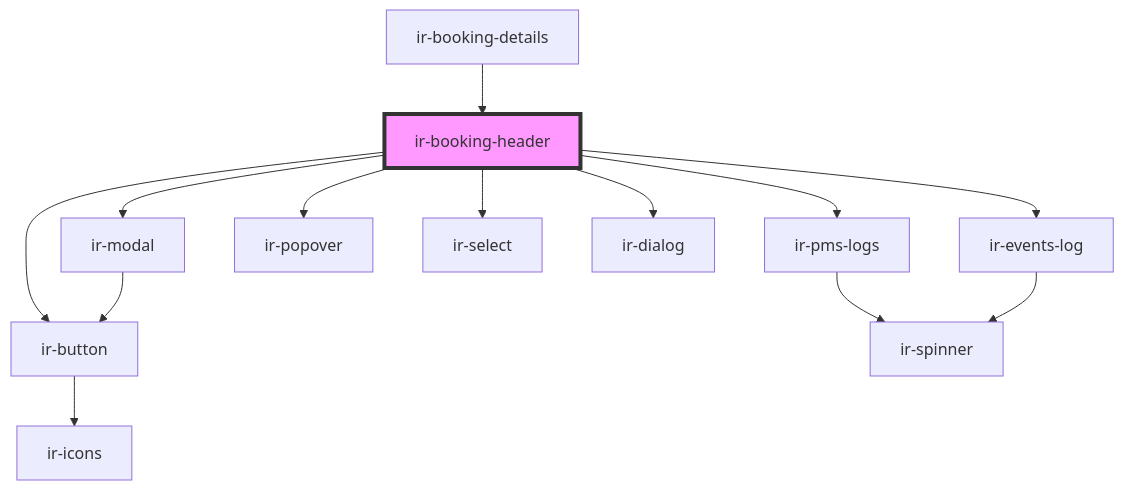
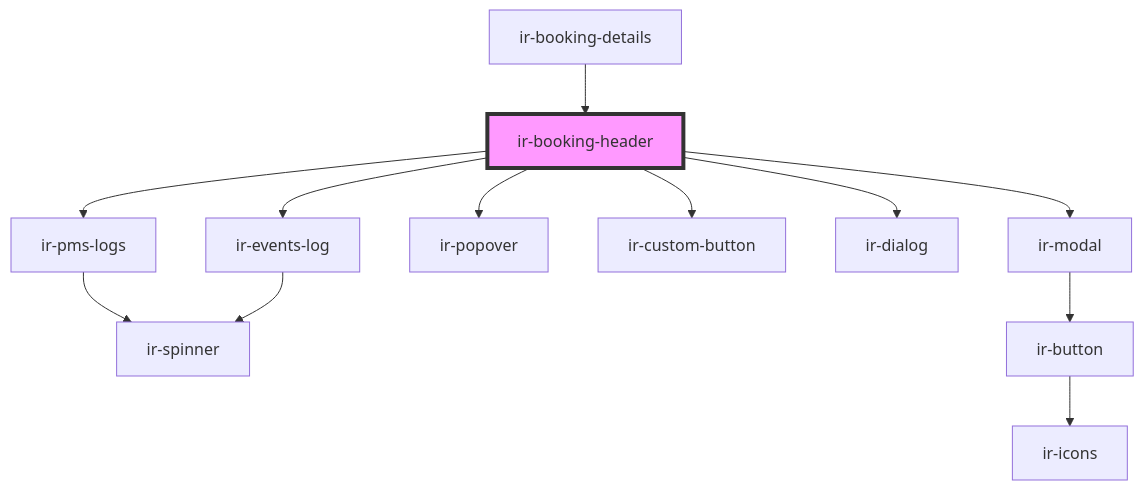
Before and after one commit to David1Chowaifaty/modified-ir-webcmp: the diagram in src/components/ir-booking-details/ir-booking-header/readme.md, drawn with Mermaid. The commit also changed other lines of this file and 70 other files, not shown here.

````diff
--- a/src/components/ir-booking-details/ir-booking-header/readme.md
+++ b/src/components/ir-booking-details/ir-booking-header/readme.md
@@ -48,16 +47,15 @@
 ```mermaid
 graph TD;
   ir-booking-header --> ir-pms-logs
   ir-booking-header --> ir-events-log
   ir-booking-header --> ir-popover
-  ir-booking-header --> ir-select
-  ir-booking-header --> ir-button
+  ir-booking-header --> ir-custom-button
   ir-booking-header --> ir-dialog
   ir-booking-header --> ir-modal
   ir-pms-logs --> ir-spinner
   ir-events-log --> ir-spinner
+  ir-modal --> ir-button
   ir-button --> ir-icons
-  ir-modal --> ir-button
   ir-booking-details --> ir-booking-header
   style ir-booking-header fill:#f9f,stroke:#333,stroke-width:4px
 ```
````
